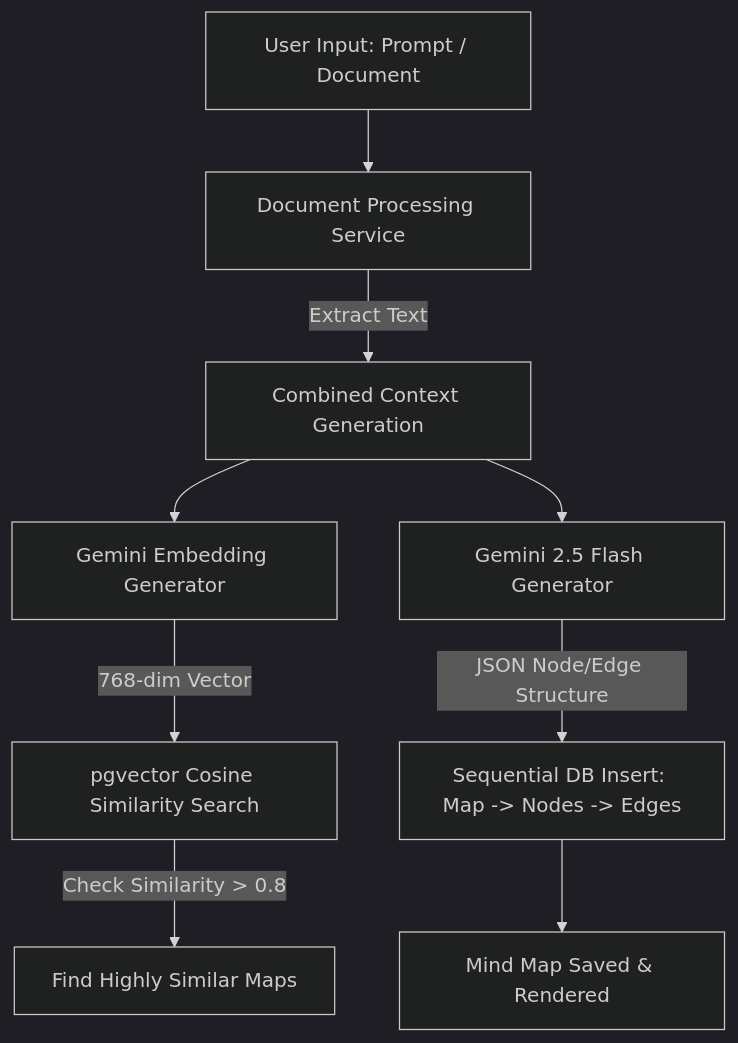
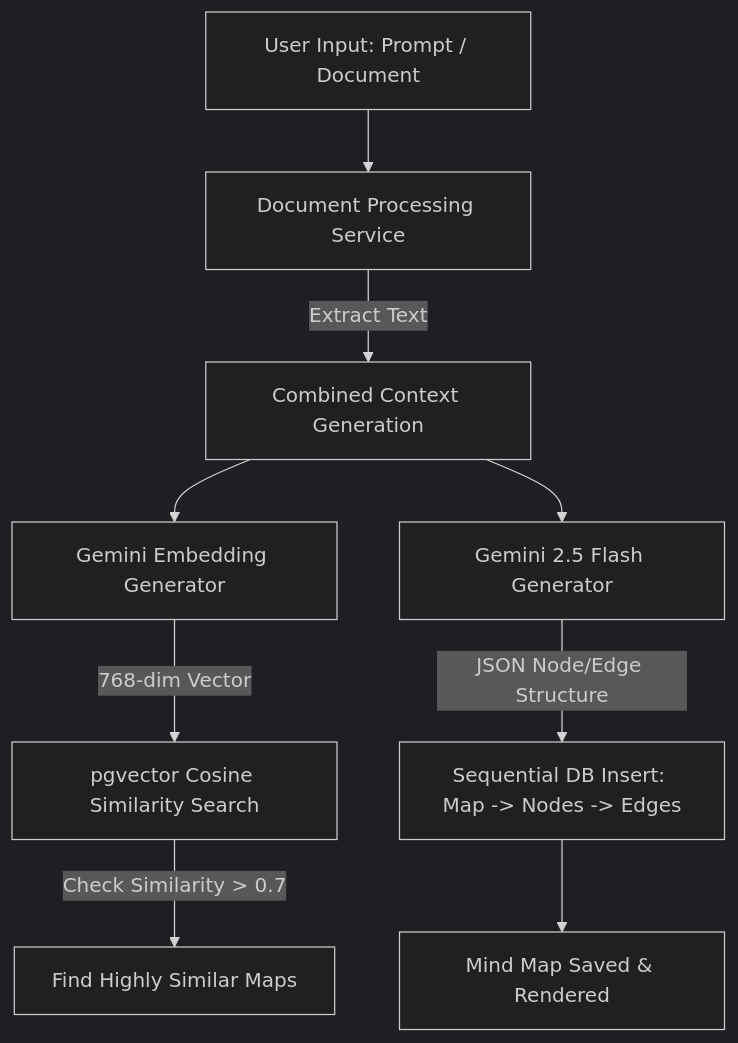
One commit to vriti-goyal/MindMap changed the diagram in README.md. Above: the diagram before and after it, drawn with Mermaid (dark theme). The commit also changed other lines of this file and 31 other files, not shown here.

````diff
--- a/README.md
+++ b/README.md
@@ -51,11 +57,11 @@
 ```mermaid
 graph TD
     A[User Input: Prompt / Document] --> B[Document Processing Service]
     B -->|Extract Text| C[Combined Context Generation]
     C --> D[Gemini Embedding Generator]
     D -->|768-dim Vector| E[pgvector Cosine Similarity Search]
-    E -->|Check Similarity > 0.8| F[Find Highly Similar Maps]
+    E -->|Check Similarity > 0.7| F[Find Highly Similar Maps]
     C --> G[Gemini 2.5 Flash Generator]
     G -->|JSON Node/Edge Structure| H[Sequential DB Insert: Map -> Nodes -> Edges]
     H --> I[Mind Map Saved & Rendered]
 ```
````
